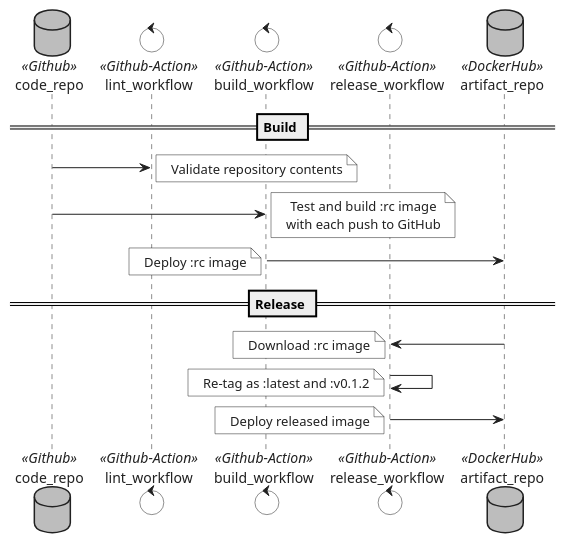
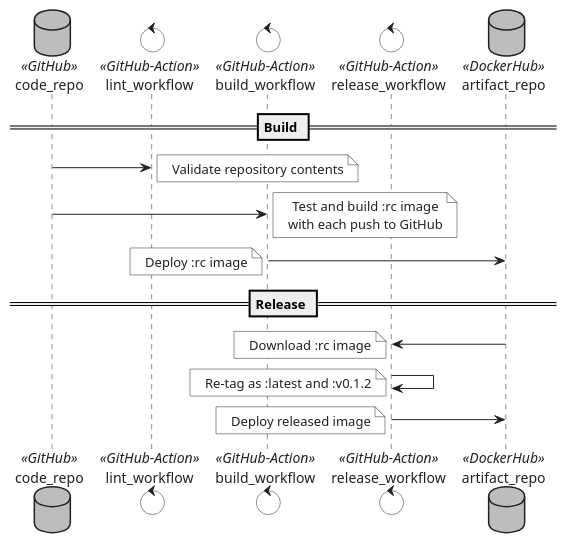
The diagram in docs/modules/arc42-docs/pages/07-deployment-view.adoc (sommerfeld-io/website), drawn with PlantUML before and after one commit. The commit also changed other lines of this file and 23 other files, not shown here.

```diff
--- a/docs/modules/arc42-docs/pages/07-deployment-view.adoc
+++ b/docs/modules/arc42-docs/pages/07-deployment-view.adoc
@@ -9,62 +9,62 @@
 [plantuml, puml-build-image, svg]
 ----
 @startuml
 
 'skinparam linetype ortho
 skinparam monochrome false
 skinparam componentStyle uml2
 skinparam backgroundColor transparent
 skinparam ArrowColor #212121
 skinparam NoteBorderColor #212121
 skinparam NoteFontColor #212121
 skinparam NoteBackgroundColor #fff
 skinparam ComponentBorderColor #212121
 skinparam ComponentFontColor #212121
 skinparam DatabaseBorderColor #212121
 skinparam DatabaseBackgroundColor #bdbdbd
 skinparam DatabaseFontColor #212121
 skinparam FileBorderColor #212121
 skinparam FileFontColor #212121
 skinparam ControlBorderColor #212121
 skinparam ControlFontColor #212121
 skinparam RectangleBackgroundColor transparent
 skinparam RectangleBorderColor #212121
 skinparam RectangleFontColor #212121
 skinparam ControlBackgroundColor transparent
 skinparam ControlBorderColor #212121
 skinparam ControlFontColor #212121
 skinparam HexagonBackgroundColor transparent
 skinparam HexagonBorderColor #212121
 skinparam HexagonFontColor #212121
 skinparam ArtifactBorderColor #212121
 skinparam ArtifactFontColor #212121
 skinparam defaultTextAlignment center
 skinparam activity {
     'FontName Ubuntu
     FontName Roboto
 }
 
-database code_repo <<Github>>
-control lint_workflow <<Github-Action>>
-control build_workflow <<Github-Action>>
-control release_workflow <<Github-Action>>
+database code_repo <<GitHub>>
+control lint_workflow <<GitHub-Action>>
+control build_workflow <<GitHub-Action>>
+control release_workflow <<GitHub-Action>>
 database artifact_repo <<DockerHub>>
 
 == Build ==
 code_repo -> lint_workflow
 note right: Validate repository contents
 code_repo -> build_workflow
 note right: Test and build :rc image\nwith each push to GitHub
 build_workflow -> artifact_repo
 note left: Deploy :rc image
 
 == Release ==
 artifact_repo -> release_workflow
 note left: Download :rc image
 release_workflow -> release_workflow
 note left: Re-tag as :latest and :v0.1.2
 release_workflow -> artifact_repo
 note left: Deploy released image
 
 @enduml
 ----
```
